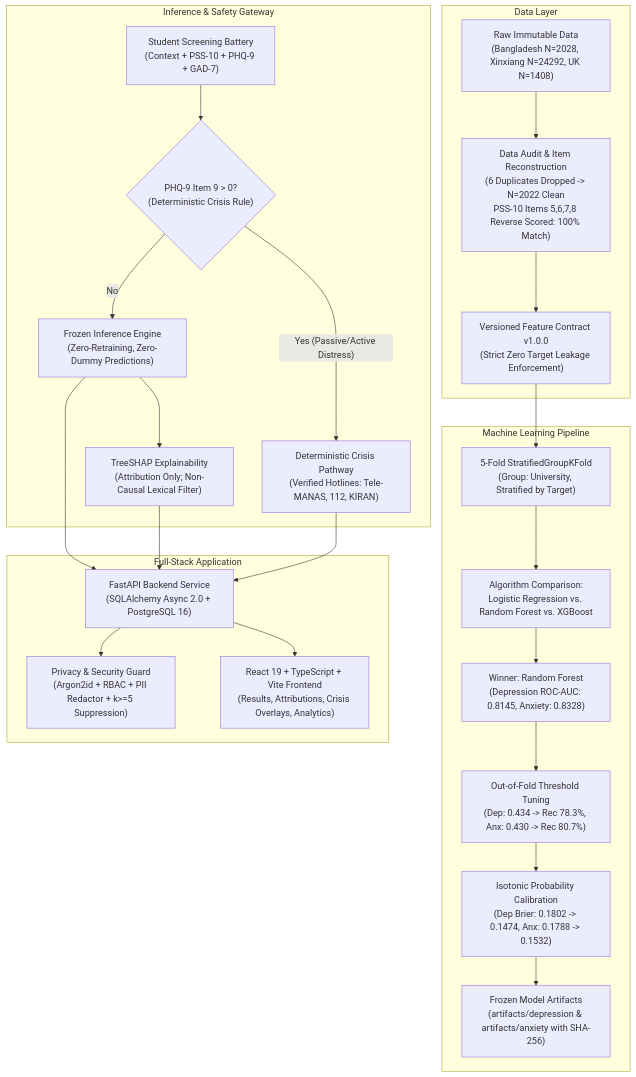
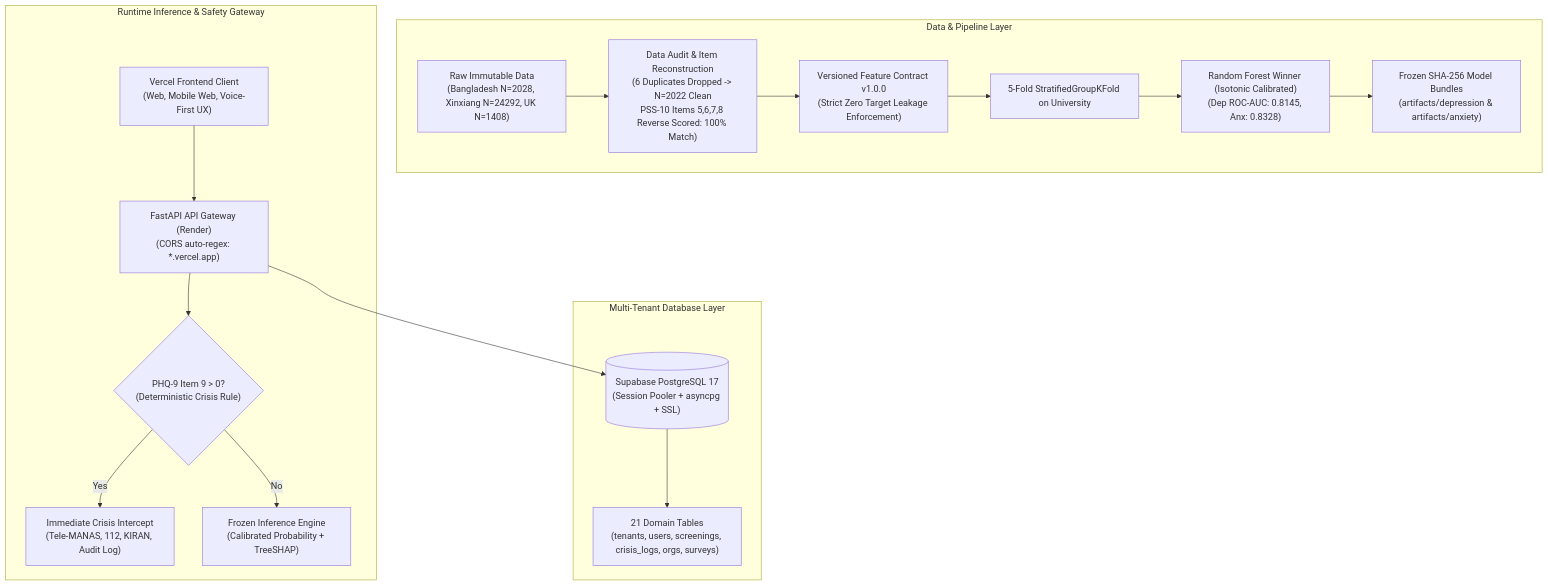
One commit to sushant-shekhar-09/Nivara changed the diagram in README.md. Above: the diagram before and after it, drawn with Mermaid. The commit also changed other lines of this file and 3 other files, not shown here.

Commit message:
docs: update README with Supabase architecture, deployment guides, demo accounts, and fix anonymous screening FK persistence

````diff
--- a/README.md
+++ b/README.md
@@ -22,29 +30,22 @@
 ```mermaid
 flowchart TD
-    subgraph Data Layer
+    subgraph Data & Pipeline Layer
         RAW["Raw Immutable Data\n(Bangladesh N=2028, Xinxiang N=24292, UK N=1408)"] --> AUDIT["Data Audit & Item Reconstruction\n(6 Duplicates Dropped -> N=2022 Clean\nPSS-10 Items 5,6,7,8 Reverse Scored: 100% Match)"]
         AUDIT --> CONTRACT["Versioned Feature Contract v1.0.0\n(Strict Zero Target Leakage Enforcement)"]
+        CONTRACT --> CV["5-Fold StratifiedGroupKFold on University"]
+        CV --> WINNER["Random Forest Winner (Isotonic Calibrated)\n(Dep ROC-AUC: 0.8145, Anx: 0.8328)"]
+        WINNER --> ARTIFACTS["Frozen SHA-256 Model Bundles\n(artifacts/depression & artifacts/anxiety)"]
     end
 
-    subgraph Machine Learning Pipeline
-        CONTRACT --> CV["5-Fold StratifiedGroupKFold\n(Group: University, Stratified by Target)"]
-        CV --> BENCHMARK["Algorithm Comparison:\nLogistic Regression vs. Random Forest vs. XGBoost"]
-        BENCHMARK --> WINNER["Winner: Random Forest\n(Depression ROC-AUC: 0.8145, Anxiety: 0.8328)"]
-        WINNER --> TUNING["Out-of-Fold Threshold Tuning\n(Dep: 0.434 -> Rec 78.3%, Anx: 0.430 -> Rec 80.7%)"]
-        TUNING --> CALIBRATION["Isotonic Probability Calibration\n(Dep Brier: 0.1802 -> 0.1474, Anx: 0.1788 -> 0.1532)"]
-        CALIBRATION --> ARTIFACTS["Frozen Model Artifacts\n(artifacts/depression & artifacts/anxiety with SHA-256)"]
+    subgraph Runtime Inference & Safety Gateway
+        CLIENT["Vercel Frontend Client\n(Web, Mobile Web, Voice-First UX)"] --> API["FastAPI API Gateway (Render)\n(CORS auto-regex: *.vercel.app)"]
+        API --> SAFETY{"PHQ-9 Item 9 > 0?\n(Deterministic Crisis Rule)"}
+        SAFETY -- "Yes" --> CRISIS["Immediate Crisis Intercept\n(Tele-MANAS, 112, KIRAN, Audit Log)"]
+        SAFETY -- "No" --> INFERENCE["Frozen Inference Engine\n(Calibrated Probability + TreeSHAP)"]
     end
 
-    subgraph Inference & Safety Gateway
-        SUBMIT["Student Screening Battery\n(Context + PSS-10 + PHQ-9 + GAD-7)"] --> INTERCEPT{"PHQ-9 Item 9 > 0?\n(Deterministic Crisis Rule)"}
-        INTERCEPT -- "Yes (Passive/Active Distress)" --> SAFETY["Deterministic Crisis Pathway\n(Verified Hotlines: Tele-MANAS, 112, KIRAN)"]
-        INTERCEPT -- "No" --> INFERENCE["Frozen Inference Engine\n(Zero-Retraining, Zero-Dummy Predictions)"]
-        INFERENCE --> SHAP["TreeSHAP Explainability\n(Attribution Only; Non-Causal Lexical Filter)"]
-    end
-
-    subgraph Full-Stack Application
-        INFERENCE & SHAP & SAFETY --> BACKEND["FastAPI Backend Service\n(SQLAlchemy Async 2.0 + PostgreSQL 16)"]
-        BACKEND --> PRIVACY["Privacy & Security Guard\n(Argon2id + RBAC + PII Redactor + k>=5 Suppression)"]
-        BACKEND --> FRONTEND["React 19 + TypeScript + Vite Frontend\n(Results, Attributions, Crisis Overlays, Analytics)"]
+    subgraph Multi-Tenant Database Layer
+        API --> DB[("Supabase PostgreSQL 17\n(Session Pooler + asyncpg + SSL)")]
+        DB --> TABLES["21 Domain Tables\n(tenants, users, screenings, crisis_logs, orgs, surveys)"]
     end
 ```
````
